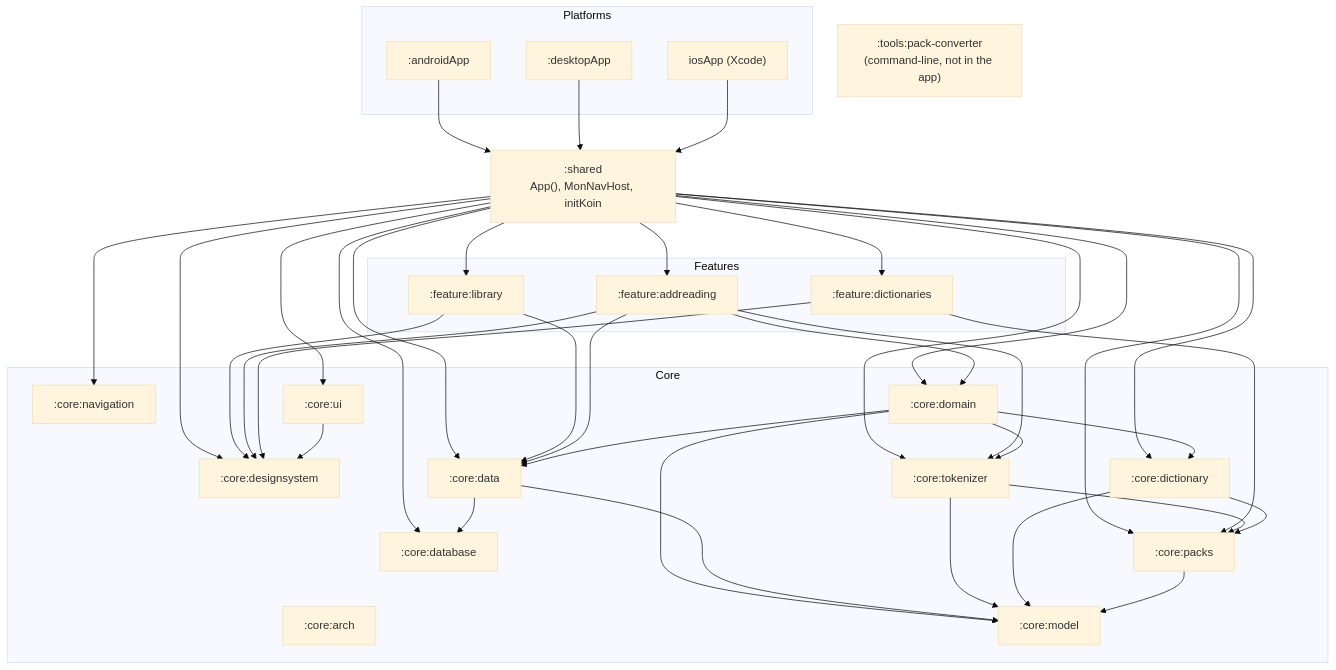
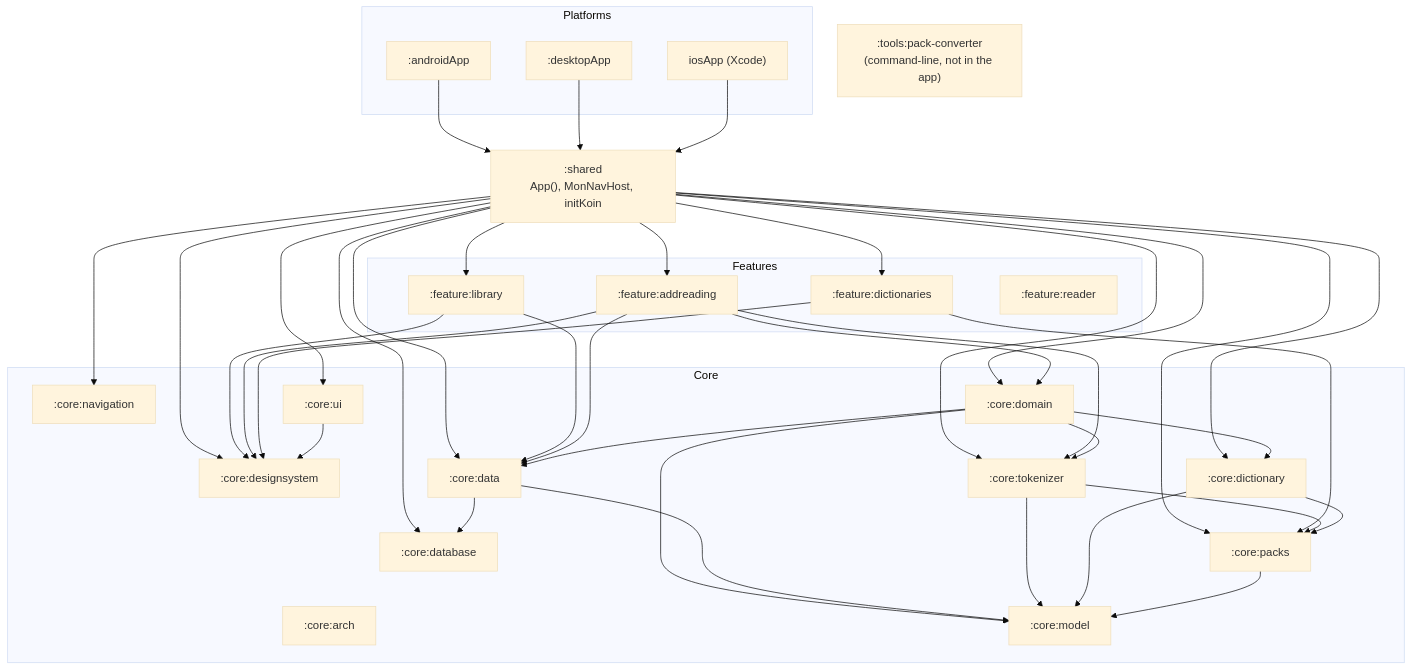
Before and after one commit to alex-krippner/mon: the first of 7 diagrams in docs/architecture.md, drawn with Mermaid (base theme). The commit also changed other lines of this file and 33 other files, not shown here.

````diff
--- a/docs/architecture.md
+++ b/docs/architecture.md
@@ -30,50 +30,51 @@
 ```mermaid
 flowchart TB
   subgraph Platforms
     androidApp[":androidApp"]
     desktopApp[":desktopApp"]
     iosApp["iosApp (Xcode)"]
   end
 
   shared[":shared<br/>App(), MonNavHost, initKoin"]
 
   subgraph Features
     library[":feature:library"]
     addreading[":feature:addreading"]
     dictionaries[":feature:dictionaries"]
+    reader[":feature:reader"]
   end
 
   subgraph Core
     nav[":core:navigation"]
     arch[":core:arch"]
     ui[":core:ui"]
     ds[":core:designsystem"]
     domain[":core:domain"]
     data[":core:data"]
     db[":core:database"]
     tok[":core:tokenizer"]
     dict[":core:dictionary"]
     packs[":core:packs"]
     model[":core:model"]
   end
 
   conv[":tools:pack-converter<br/>(command-line, not in the app)"]
 
   androidApp --> shared
   desktopApp --> shared
   iosApp --> shared
 
   shared --> library & addreading & dictionaries
   shared --> nav & ui & domain & data & db & tok & dict & packs & ds
 
   library --> data & ds
   addreading --> domain & data & tok & ds
   dictionaries --> packs & ds
 
   domain --> data & tok & dict & model
   data --> db & model
   tok --> packs & model
   dict --> packs & model
   packs --> model
   ui --> ds
 ```
````
